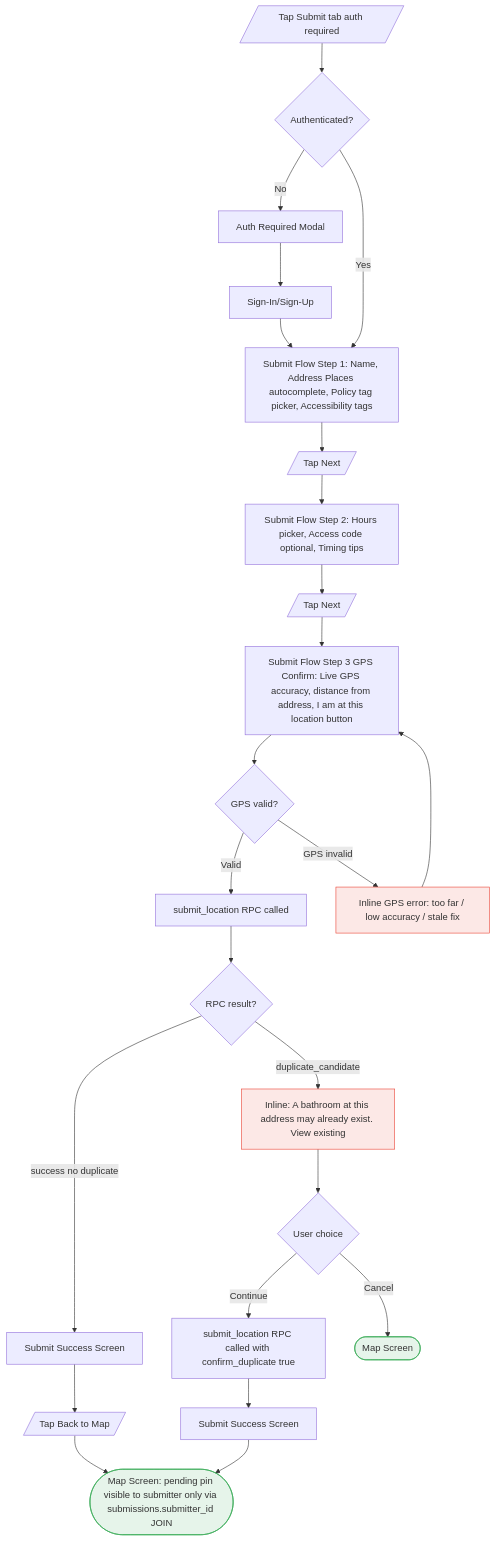
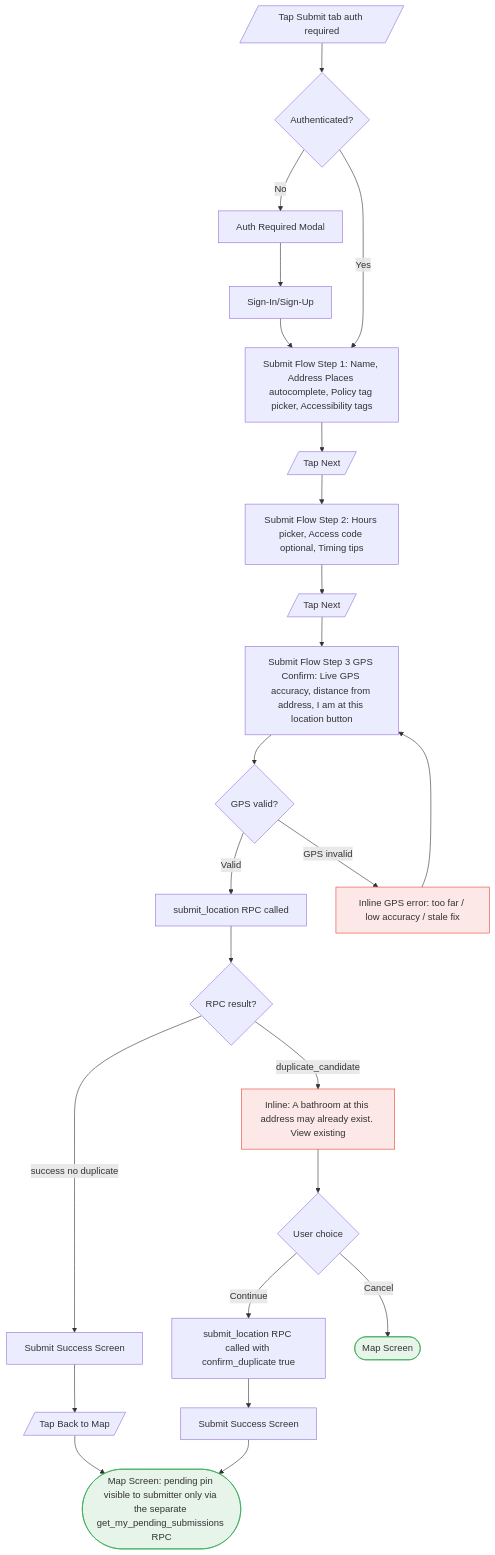
One commit to kumbayaya1804/GottaGo changed the tenth of 16 diagrams in docs/design/flows.md. Above: the diagram before and after it, drawn with Mermaid. The commit also changed other lines of this file and 6 other files, not shown here.

First line of the commit message:
docs: item 4 authority-doc refresh (PROJECT/schema-contract/SYSTEM_MAP/config/design)

````diff
--- a/docs/design/flows.md
+++ b/docs/design/flows.md
@@ -291,53 +291,53 @@
 ```mermaid
 flowchart TD
     TapSubmit[/Tap Submit tab auth required/]
     Authd{Authenticated?}
     Modal[Auth Required Modal]
     AuthScreens[Sign-In/Sign-Up]
     Step1[Submit Flow Step 1: Name, Address Places autocomplete, Policy tag picker, Accessibility tags]
     TapNext1[/Tap Next/]
     Step2[Submit Flow Step 2: Hours picker, Access code optional, Timing tips]
     TapNext2[/Tap Next/]
     Step3[Submit Flow Step 3 GPS Confirm: Live GPS accuracy, distance from address, I am at this location button]
     GPSValid{GPS valid?}
     RPC[submit_location RPC called]
     RPCResult{RPC result?}
     Success[Submit Success Screen]
     TapBack[/Tap Back to Map/]
-    MapPending([Map Screen: pending pin visible to submitter only via submissions.submitter_id JOIN])
+    MapPending([Map Screen: pending pin visible to submitter only via the separate get_my_pending_submissions RPC])
     DupInline[Inline: A bathroom at this address may already exist. View existing]
     DupChoice{User choice}
     RPCConfirm[submit_location RPC called with confirm_duplicate true]
     SuccessDup[Submit Success Screen]
     MapCancel([Map Screen])
     GPSErr[Inline GPS error: too far / low accuracy / stale fix]
 
     TapSubmit --> Authd
     Authd -->|No| Modal
     Modal --> AuthScreens
     AuthScreens --> Step1
     Authd -->|Yes| Step1
     Step1 --> TapNext1
     TapNext1 --> Step2
     Step2 --> TapNext2
     TapNext2 --> Step3
     Step3 --> GPSValid
     GPSValid -->|Valid| RPC
     RPC --> RPCResult
     RPCResult -->|success no duplicate| Success
     Success --> TapBack
     TapBack --> MapPending
     RPCResult -->|duplicate_candidate| DupInline
     DupInline --> DupChoice
     DupChoice -->|Continue| RPCConfirm
     RPCConfirm --> SuccessDup
     SuccessDup --> MapPending
     DupChoice -->|Cancel| MapCancel
     GPSValid -->|GPS invalid| GPSErr
     GPSErr --> Step3
 
     style MapPending fill:#E6F4EA,stroke:#34A853
     style MapCancel fill:#E6F4EA,stroke:#34A853
     style GPSErr fill:#FCE8E6,stroke:#EA4335
     style DupInline fill:#FCE8E6,stroke:#EA4335
 ```
````
